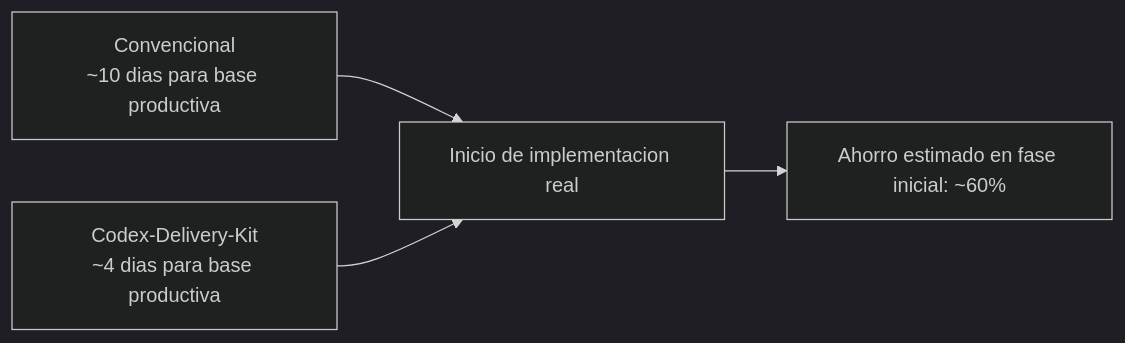
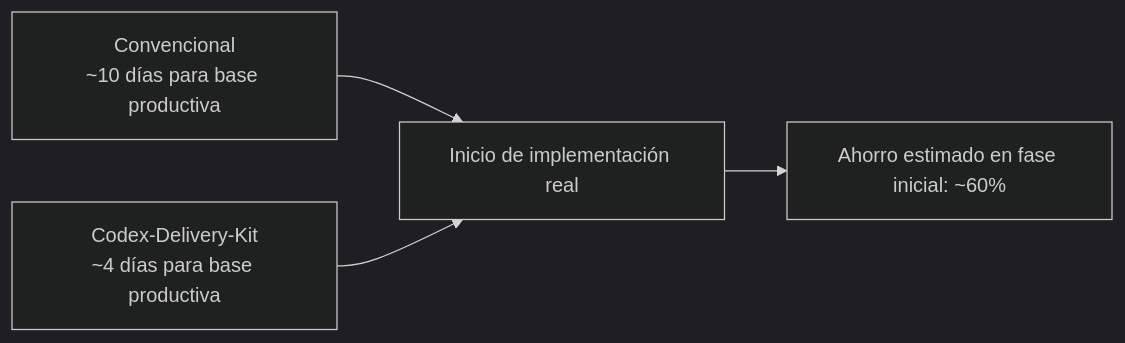
The diagram in README.md (omonroyt/Codex-Delivery-Kit), drawn with Mermaid (dark theme) before and after one commit. The commit also changed other lines of this file and 19 other files, not shown here.

````diff
--- a/README.md
+++ b/README.md
@@ -53,6 +53,6 @@
 ```mermaid
 flowchart LR
-    A["Convencional<br/>~10 dias para base productiva"] --> C["Inicio de implementacion real"]
-    B["Codex-Delivery-Kit<br/>~4 dias para base productiva"] --> C
+    A["Convencional<br/>~10 días para base productiva"] --> C["Inicio de implementación real"]
+    B["Codex-Delivery-Kit<br/>~4 días para base productiva"] --> C
     C --> D["Ahorro estimado en fase inicial: ~60%"]
 ```
````
